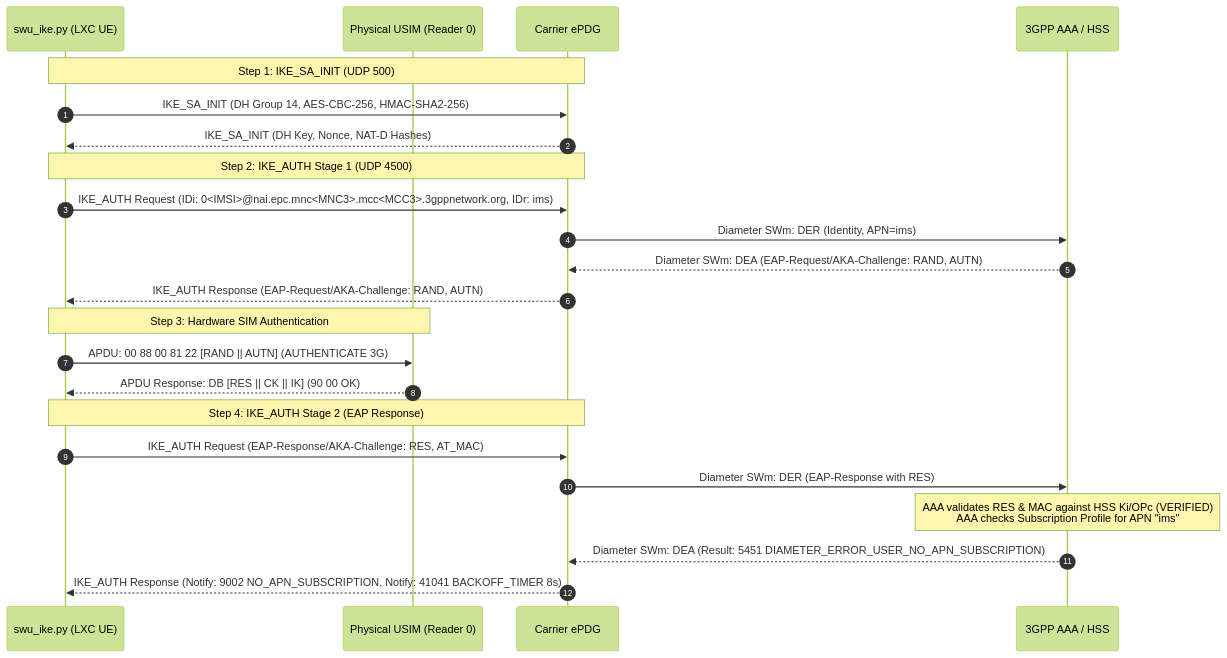
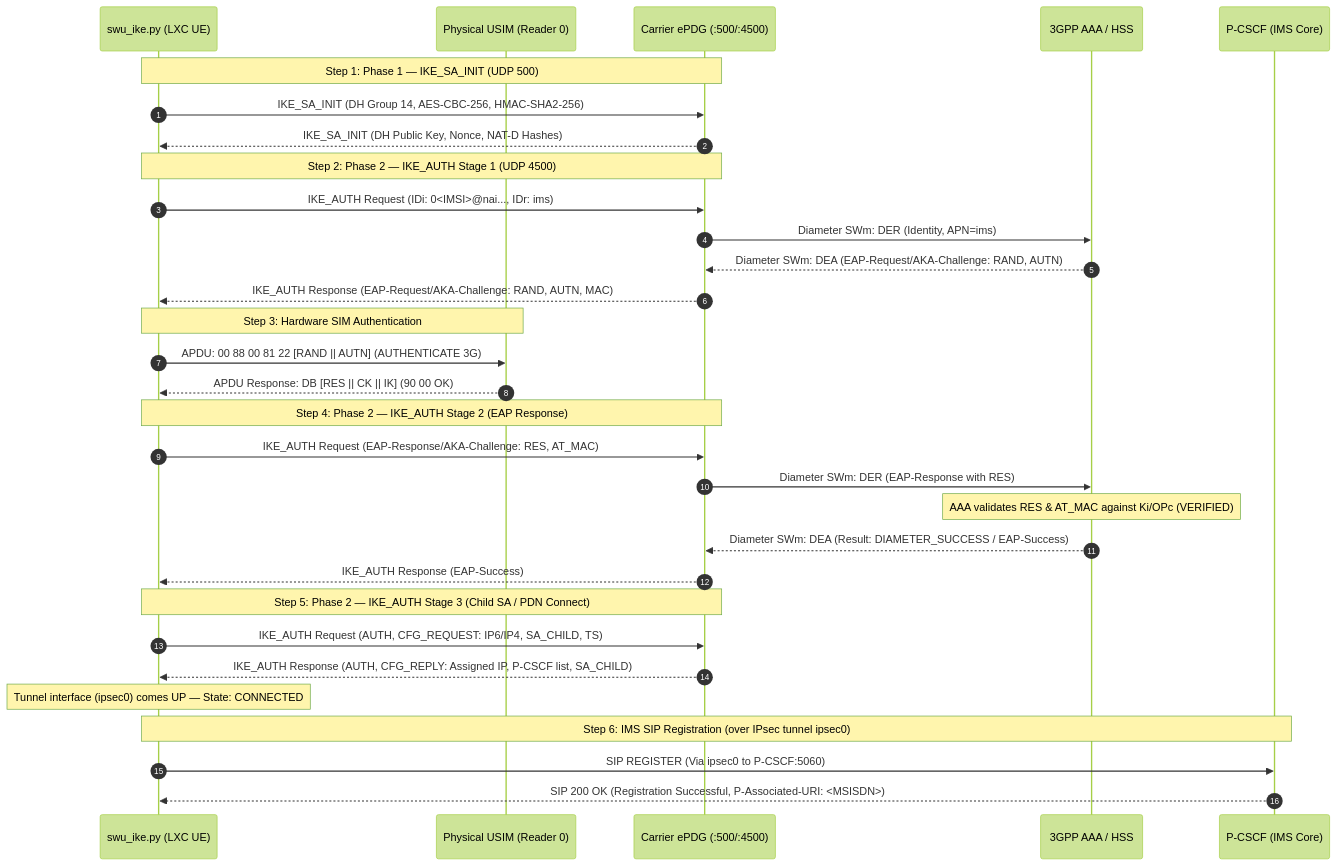
Before and after one commit to mosfaqur/vowifi: the diagram in docs/VOWIFI_REGISTRATION_TRACE.md, drawn with Mermaid (forest theme). The commit also changed other lines of this file and 4 other files, not shown here.

````diff
--- a/docs/VOWIFI_REGISTRATION_TRACE.md
+++ b/docs/VOWIFI_REGISTRATION_TRACE.md
@@ -9,30 +9,39 @@
 ```mermaid
 sequenceDiagram
     autonumber
     participant UE as swu_ike.py (LXC UE)
     participant SIM as Physical USIM (Reader 0)
-    participant ePDG as Carrier ePDG
+    participant ePDG as Carrier ePDG (:500/:4500)
     participant AAA as 3GPP AAA / HSS
+    participant PCSCF as P-CSCF (IMS Core)
 
-    Note over UE,ePDG: Step 1: IKE_SA_INIT (UDP 500)
+    Note over UE,ePDG: Step 1: Phase 1 — IKE_SA_INIT (UDP 500)
     UE->>ePDG: IKE_SA_INIT (DH Group 14, AES-CBC-256, HMAC-SHA2-256)
-    ePDG-->>UE: IKE_SA_INIT (DH Key, Nonce, NAT-D Hashes)
+    ePDG-->>UE: IKE_SA_INIT (DH Public Key, Nonce, NAT-D Hashes)
 
-    Note over UE,ePDG: Step 2: IKE_AUTH Stage 1 (UDP 4500)
-    UE->>ePDG: IKE_AUTH Request (IDi: 0<IMSI>@nai.epc.mnc<MNC3>.mcc<MCC3>.3gppnetwork.org, IDr: ims)
+    Note over UE,ePDG: Step 2: Phase 2 — IKE_AUTH Stage 1 (UDP 4500)
+    UE->>ePDG: IKE_AUTH Request (IDi: 0<IMSI>@nai..., IDr: ims)
     ePDG->>AAA: Diameter SWm: DER (Identity, APN=ims)
     AAA-->>ePDG: Diameter SWm: DEA (EAP-Request/AKA-Challenge: RAND, AUTN)
-    ePDG-->>UE: IKE_AUTH Response (EAP-Request/AKA-Challenge: RAND, AUTN)
+    ePDG-->>UE: IKE_AUTH Response (EAP-Request/AKA-Challenge: RAND, AUTN, MAC)
 
     Note over UE,SIM: Step 3: Hardware SIM Authentication
     UE->>SIM: APDU: 00 88 00 81 22 [RAND || AUTN] (AUTHENTICATE 3G)
     SIM-->>UE: APDU Response: DB [RES || CK || IK] (90 00 OK)
 
-    Note over UE,ePDG: Step 4: IKE_AUTH Stage 2 (EAP Response)
+    Note over UE,ePDG: Step 4: Phase 2 — IKE_AUTH Stage 2 (EAP Response)
     UE->>ePDG: IKE_AUTH Request (EAP-Response/AKA-Challenge: RES, AT_MAC)
     ePDG->>AAA: Diameter SWm: DER (EAP-Response with RES)
-    
-    Note over AAA: AAA validates RES & MAC against HSS Ki/OPc (VERIFIED)<br/>AAA checks Subscription Profile for APN "ims"
-    AAA-->>ePDG: Diameter SWm: DEA (Result: 5451 DIAMETER_ERROR_USER_NO_APN_SUBSCRIPTION)
-    ePDG-->>UE: IKE_AUTH Response (Notify: 9002 NO_APN_SUBSCRIPTION, Notify: 41041 BACKOFF_TIMER 8s)
+    Note over AAA: AAA validates RES & AT_MAC against Ki/OPc (VERIFIED)
+    AAA-->>ePDG: Diameter SWm: DEA (Result: DIAMETER_SUCCESS / EAP-Success)
+    ePDG-->>UE: IKE_AUTH Response (EAP-Success)
+
+    Note over UE,ePDG: Step 5: Phase 2 — IKE_AUTH Stage 3 (Child SA / PDN Connect)
+    UE->>ePDG: IKE_AUTH Request (AUTH, CFG_REQUEST: IP6/IP4, SA_CHILD, TS)
+    ePDG-->>UE: IKE_AUTH Response (AUTH, CFG_REPLY: Assigned IP, P-CSCF list, SA_CHILD)
+    Note over UE: Tunnel interface (ipsec0) comes UP — State: CONNECTED
+
+    Note over UE,PCSCF: Step 6: IMS SIP Registration (over IPsec tunnel ipsec0)
+    UE->>PCSCF: SIP REGISTER (Via ipsec0 to P-CSCF:5060)
+    PCSCF-->>UE: SIP 200 OK (Registration Successful, P-Associated-URI: <MSISDN>)
 ```
````
